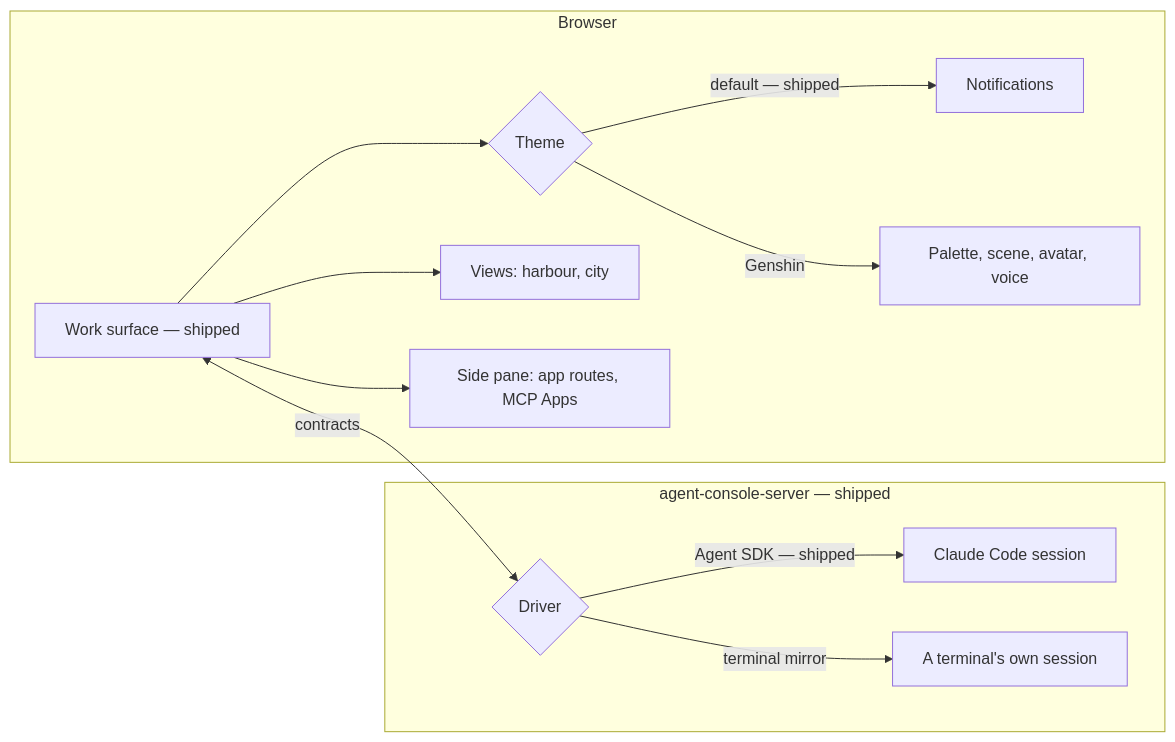
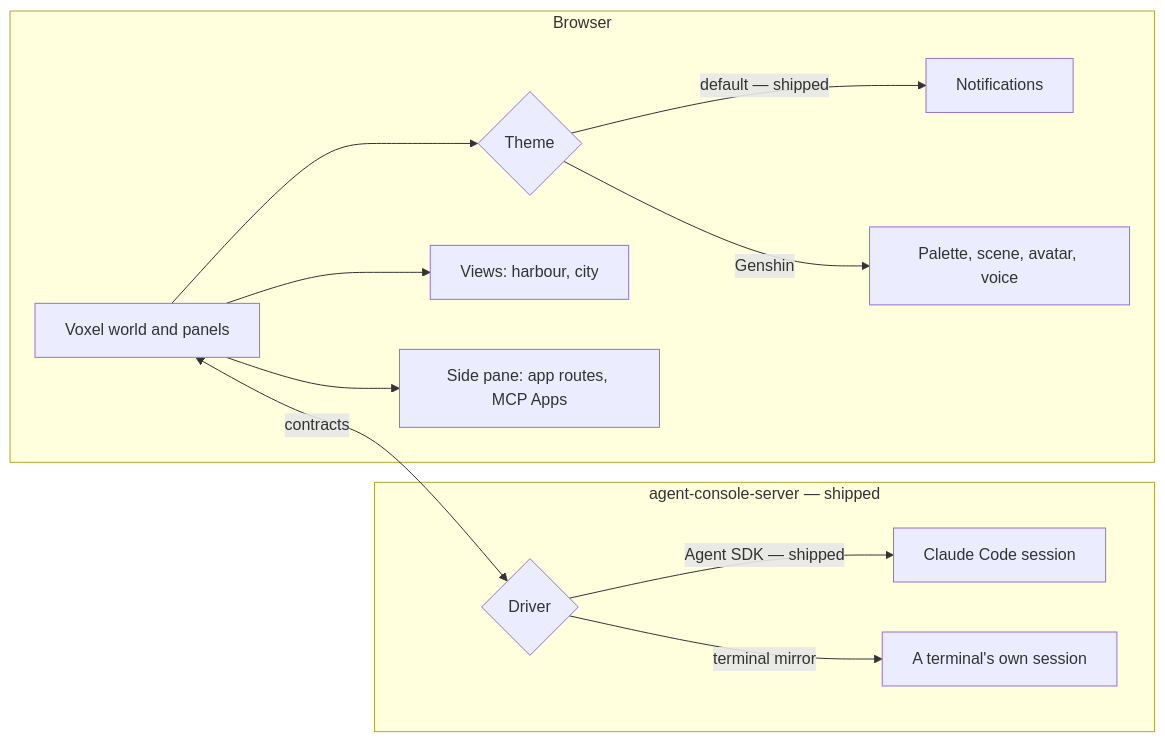
One commit to Esposter/Esposter changed the diagram in apps/web/content/docs/proposals/infra/agent-console/index.md. Above: the diagram before and after it, drawn with Mermaid. The commit also changed other lines of this file and 2 other files, not shown here.

Commit message:
docs(agent-console): the second phase is a voxel surface — full screen, no app bar, no Vuetify

````diff
--- a/apps/web/content/docs/proposals/infra/agent-console/index.md
+++ b/apps/web/content/docs/proposals/infra/agent-console/index.md
@@ -21,15 +22,15 @@
 ```mermaid
 flowchart LR
   subgraph Browser
-    W[Work surface — shipped] --> T{Theme}
+    W[Voxel world and panels] --> T{Theme}
     T -->|default — shipped| N[Notifications]
     T -->|Genshin| G[Palette, scene, avatar, voice]
     W --> V[Views: harbour, city]
     W --> X[Side pane: app routes, MCP Apps]
   end
   subgraph Host[agent-console-server — shipped]
     D{Driver} -->|Agent SDK — shipped| C[Claude Code session]
     D -->|terminal mirror| M[A terminal's own session]
   end
   W <-->|contracts| D
 ```
````
